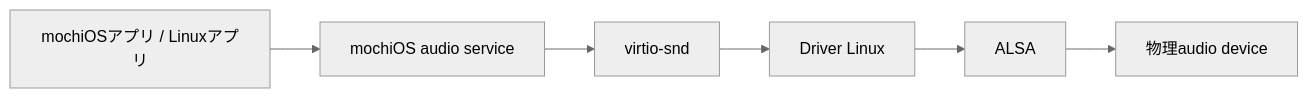
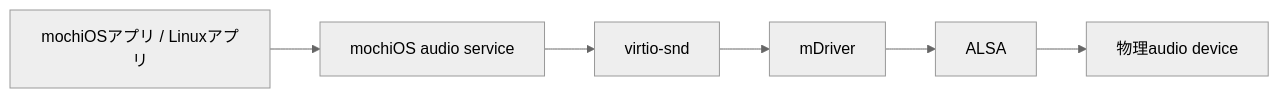
Before and after one commit to mochiOS/mochiOS: the sixth of 9 diagrams in docs/mboot/about.md, drawn with Mermaid (neutral theme). The commit also changed other lines of this file and 1 other file, not shown here.

Commit message:
Integrate the mDriver workspace build

````diff
--- a/docs/mboot/about.md
+++ b/docs/mboot/about.md
@@ -220,8 +220,8 @@
 ```mermaid
 flowchart LR
     apps[mochiOSアプリ / Linuxアプリ] --> audio[mochiOS audio service]
     audio --> virtio[virtio-snd]
-    virtio --> linux[Driver Linux]
+    virtio --> linux[mDriver]
     linux --> alsa[ALSA]
     alsa --> device[物理audio device]
 ```
````
